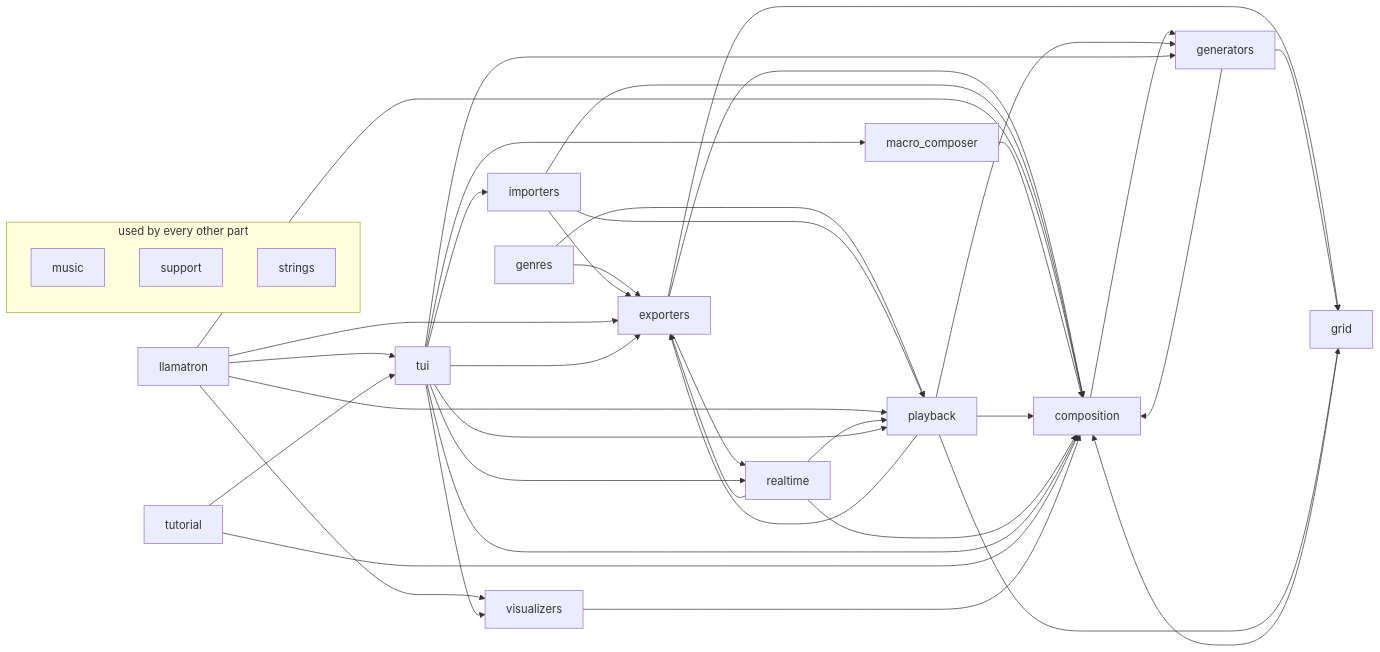
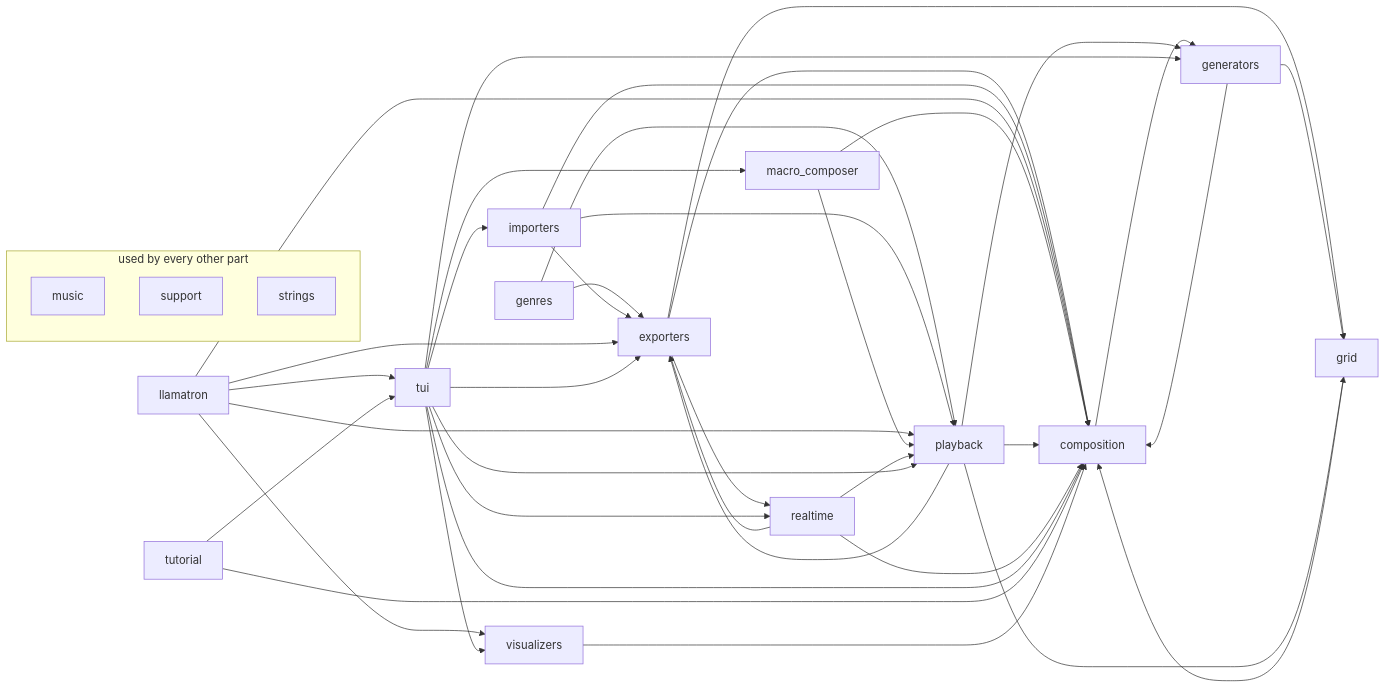
One commit to mpdehaan/llamatron changed the second of 2 diagrams in docs/ARCHITECTURE.md. Above: the diagram before and after it, drawn with Mermaid. The commit also changed 17 other files, not shown here.

````diff
--- a/docs/ARCHITECTURE.md
+++ b/docs/ARCHITECTURE.md
@@ -121,57 +121,58 @@
 ```mermaid
 flowchart LR
     tui["tui"]
     llamatron["llamatron"]
     composition["composition"]
     playback["playback"]
     generators["generators"]
     grid["grid"]
     exporters["exporters"]
     genres["genres"]
     importers["importers"]
     macro_composer["macro_composer"]
     realtime["realtime"]
     tutorial["tutorial"]
     visualizers["visualizers"]
     subgraph everywhere ["used by every other part"]
     music["music"]
     support["support"]
     strings["strings"]
     end
     composition --> generators
     exporters --> composition
     exporters --> grid
     exporters --> realtime
     generators --> composition
     generators --> grid
     genres --> exporters
     genres --> playback
     grid --> composition
     importers --> composition
     importers --> exporters
     importers --> playback
     llamatron --> composition
     llamatron --> exporters
     llamatron --> playback
     llamatron --> tui
     llamatron --> visualizers
     macro_composer --> composition
+    macro_composer --> playback
     playback --> composition
     playback --> exporters
     playback --> generators
     playback --> grid
     realtime --> composition
     realtime --> exporters
     realtime --> playback
     tui --> composition
     tui --> exporters
     tui --> generators
     tui --> importers
     tui --> macro_composer
     tui --> playback
     tui --> realtime
     tui --> visualizers
     tutorial --> composition
     tutorial --> tui
     visualizers --> composition
 ```
````
